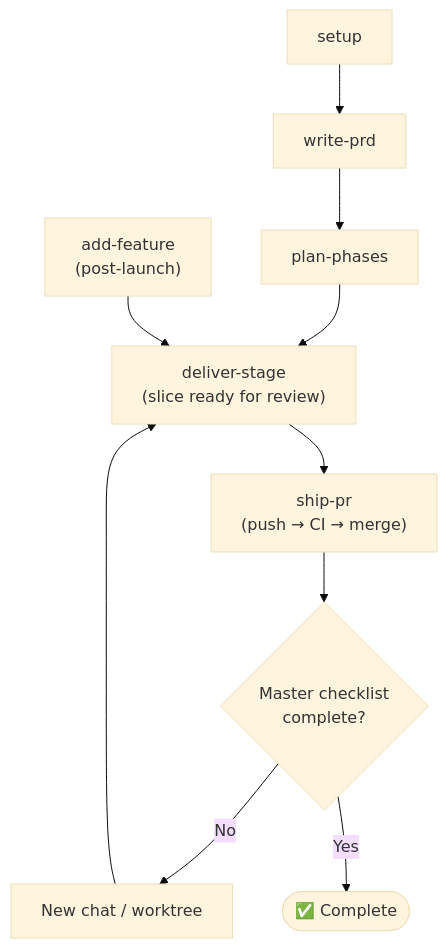
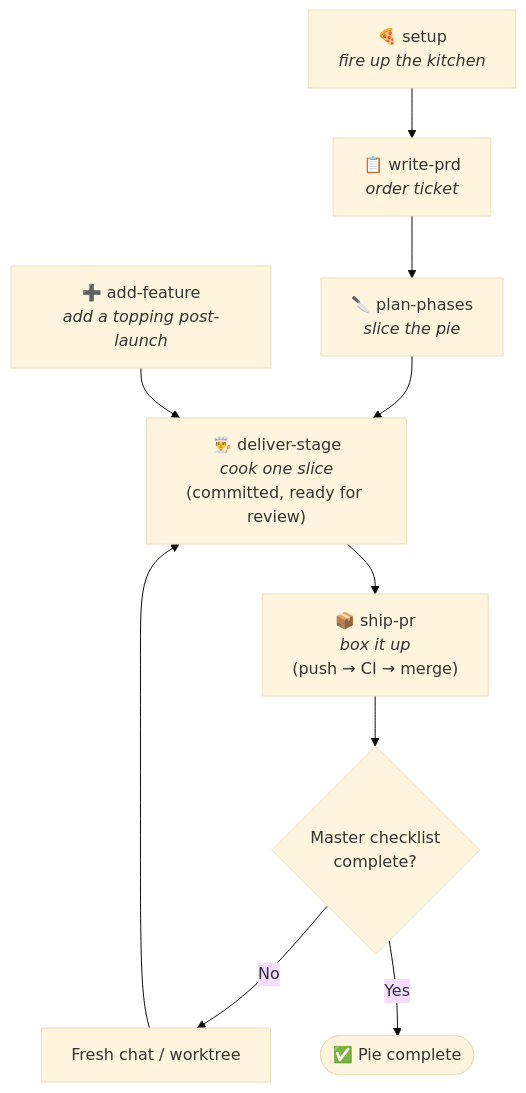
The diagram in README.md (steve-piece/Stagecoach), drawn with Mermaid (base theme) before and after one commit. The commit also changed other lines of this file and 53 other files, not shown here.

````diff
--- a/README.md
+++ b/README.md
@@ -76,12 +159,12 @@
 ```mermaid
 flowchart TD
-    Setup["setup"] --> PRD["write-prd"]
-    PRD --> Phased["plan-phases"]
-    Phased --> Deliver["deliver-stage<br/>(slice ready for review)"]
-    Add["add-feature<br/>(post-launch)"] --> Deliver
-    Deliver --> Ship["ship-pr<br/>(push → CI → merge)"]
+    Setup["🍕 setup<br/><i>fire up the kitchen</i>"] --> PRD["📋 write-prd<br/><i>order ticket</i>"]
+    PRD --> Phased["🔪 plan-phases<br/><i>slice the pie</i>"]
+    Phased --> Deliver["👨‍🍳 deliver-stage<br/><i>cook one slice</i><br/>(committed, ready for review)"]
+    Add["➕ add-feature<br/><i>add a topping post-launch</i>"] --> Deliver
+    Deliver --> Ship["📦 ship-pr<br/><i>box it up</i><br/>(push → CI → merge)"]
     Ship --> Q{"Master checklist<br/>complete?"}
-    Q -->|No| NewChat["New chat / worktree"]
+    Q -->|No| NewChat["Fresh chat / worktree"]
     NewChat --> Deliver
-    Q -->|Yes| Done(["✅ Complete"])
+    Q -->|Yes| Done(["✅ Pie complete"])
 ```
````
